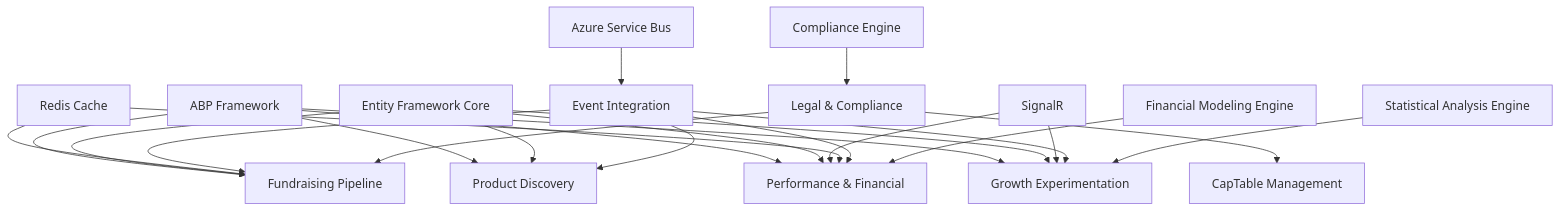
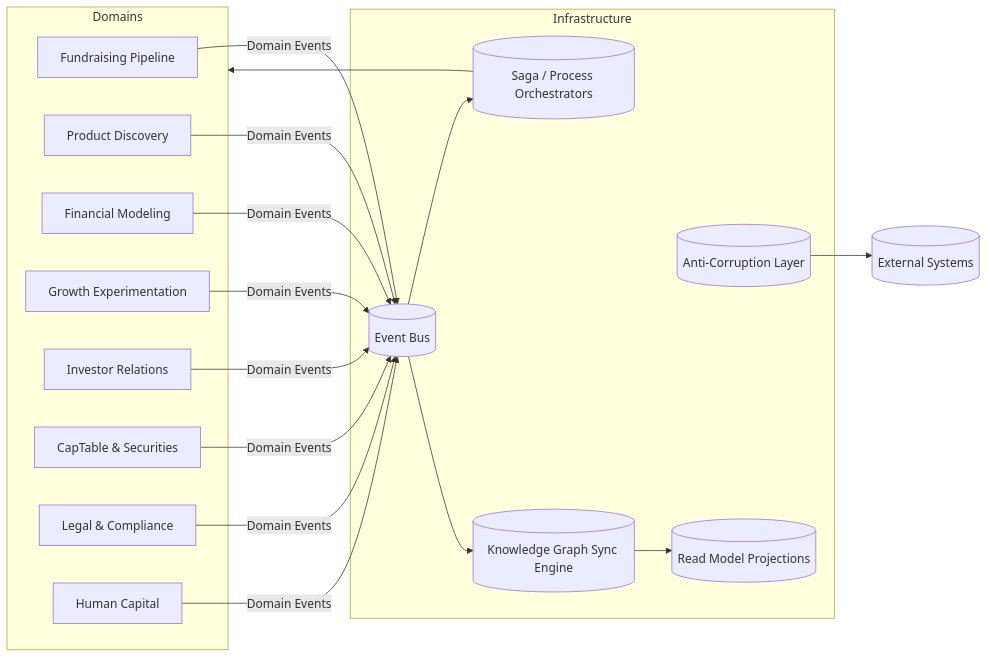
One commit to anuj-noumena/nouassist changed diagram 18 of 32 in Docs/Requirement/DomainSpecification/StartupEntrepreneurship.md. Above: the diagram before and after it, drawn with Mermaid. The commit also changed other lines of this file and 134 other files, not shown here.

Commit message:
domain model updates

````diff
--- a/Docs/Requirement/DomainSpecification/StartupEntrepreneurship.md
+++ b/Docs/Requirement/DomainSpecification/StartupEntrepreneurship.md
@@ -2075,30 +10423,39 @@
 ```mermaid
-graph TD
-    A[ABP Framework] --> B[Fundraising Pipeline]
-    A --> C[Product Discovery]
-    A --> D[Performance & Financial]
-    A --> E[Growth Experimentation]
-    
-    F[Entity Framework Core] --> B
-    F --> C
-    F --> D
-    F --> E
-    
-    G[SignalR] --> D
-    G --> E
-    H[Redis Cache] --> D
-    H --> B
-    
-    I[Azure Service Bus] --> J[Event Integration]
-    J --> B
-    J --> C
-    J --> D
-    J --> E
-    
-    K[Compliance Engine] --> L[Legal & Compliance]
-    L --> B
-    L --> M[CapTable Management]
-    
-    N[Financial Modeling Engine] --> D
-    O[Statistical Analysis Engine] --> E
+flowchart LR
+
+subgraph Domains
+    FP[Fundraising Pipeline]
+    PD[Product Discovery]
+    FN[Financial Modeling]
+    GE[Growth Experimentation]
+    IR[Investor Relations]
+    CT[CapTable & Securities]
+    LC[Legal & Compliance]
+    HR[Human Capital]
+end
+
+subgraph Infrastructure
+    EB[(Event Bus)]
+    KG[(Knowledge Graph Sync Engine)]
+    ACL[(Anti-Corruption Layer)]
+    Saga[(Saga / Process Orchestrators)]
+    Proj[(Read Model Projections)]
+end
+
+FP -- Domain Events --> EB
+PD -- Domain Events --> EB
+FN -- Domain Events --> EB
+GE -- Domain Events --> EB
+IR -- Domain Events --> EB
+CT -- Domain Events --> EB
+LC -- Domain Events --> EB
+HR -- Domain Events --> EB
+
+EB --> Saga
+Saga --> Domains
+
+EB --> KG
+KG --> Proj
+
+ACL --> ExternalAPIs[(External Systems)]
 ```
````
